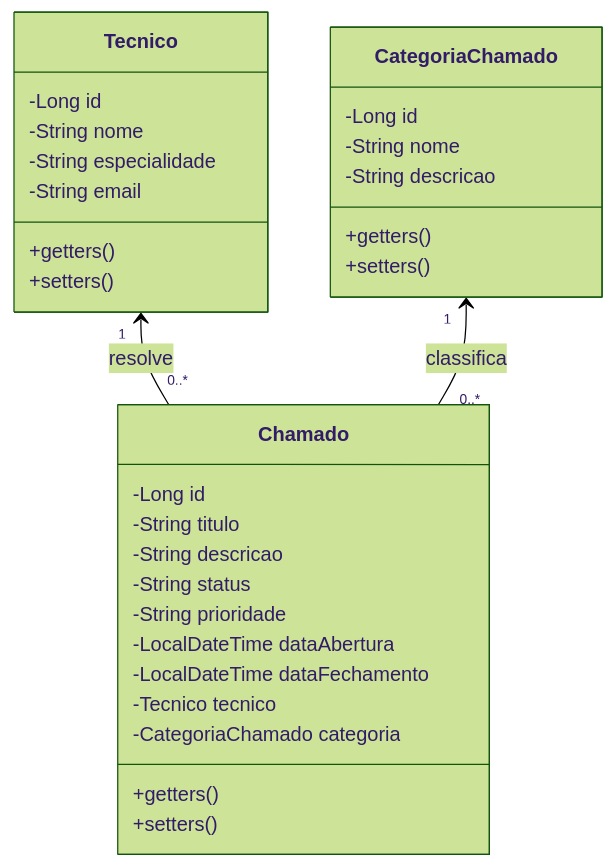
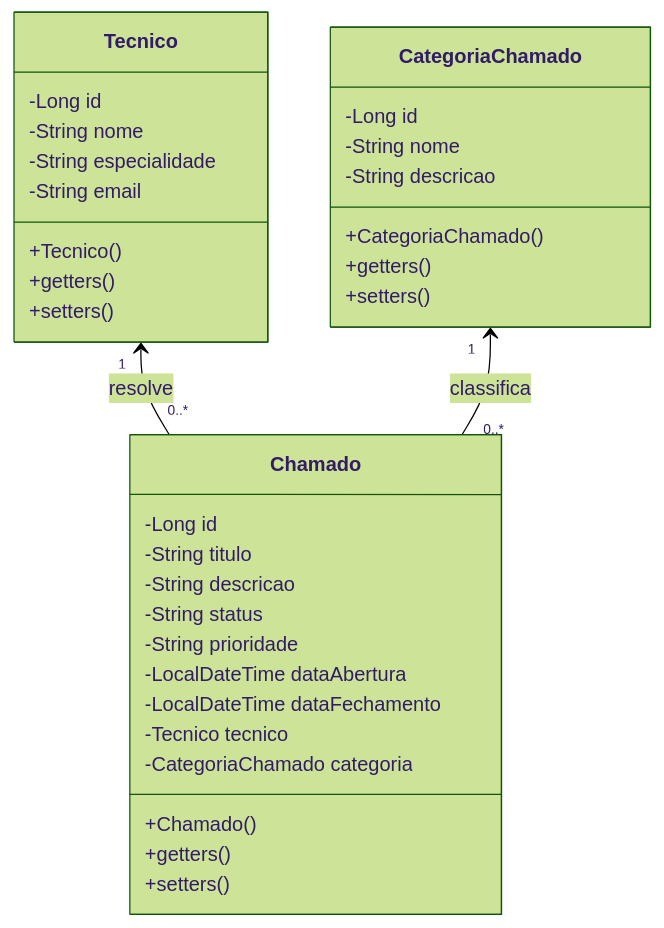
The diagram in exercicios/exercicio-016/versao-001/README.md (heltonricardo/enunciados-exercicios-java), drawn with Mermaid (forest theme) before and after one commit. The commit also changed other lines of this file, not shown here.

````diff
--- a/exercicios/exercicio-016/versao-001/README.md
+++ b/exercicios/exercicio-016/versao-001/README.md
@@ -25,37 +25,40 @@
 ```mermaid
 classDiagram
 
 class Tecnico {
   -Long id
   -String nome
   -String especialidade
   -String email
+  +Tecnico()
   +getters()
   +setters()
 }
 
 class CategoriaChamado {
   -Long id
   -String nome
   -String descricao
+  +CategoriaChamado()
   +getters()
   +setters()
 }
 
 class Chamado {
   -Long id
   -String titulo
   -String descricao
   -String status
   -String prioridade
   -LocalDateTime dataAbertura
   -LocalDateTime dataFechamento
   -Tecnico tecnico
   -CategoriaChamado categoria
+  +Chamado()
   +getters()
   +setters()
 }
 
 Tecnico "1" <-- "0..*" Chamado : resolve
 CategoriaChamado "1" <-- "0..*" Chamado : classifica
 ```
````
